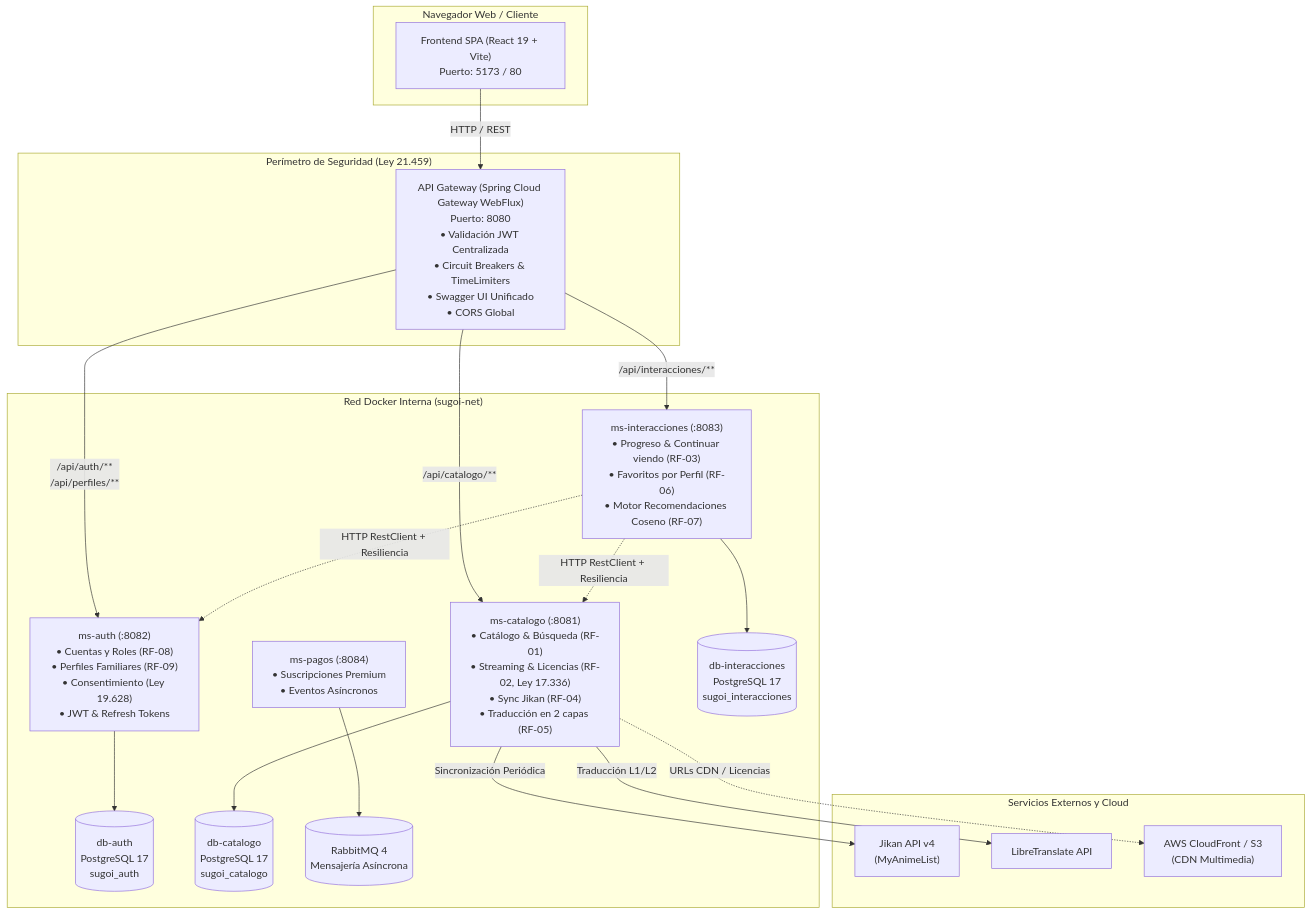
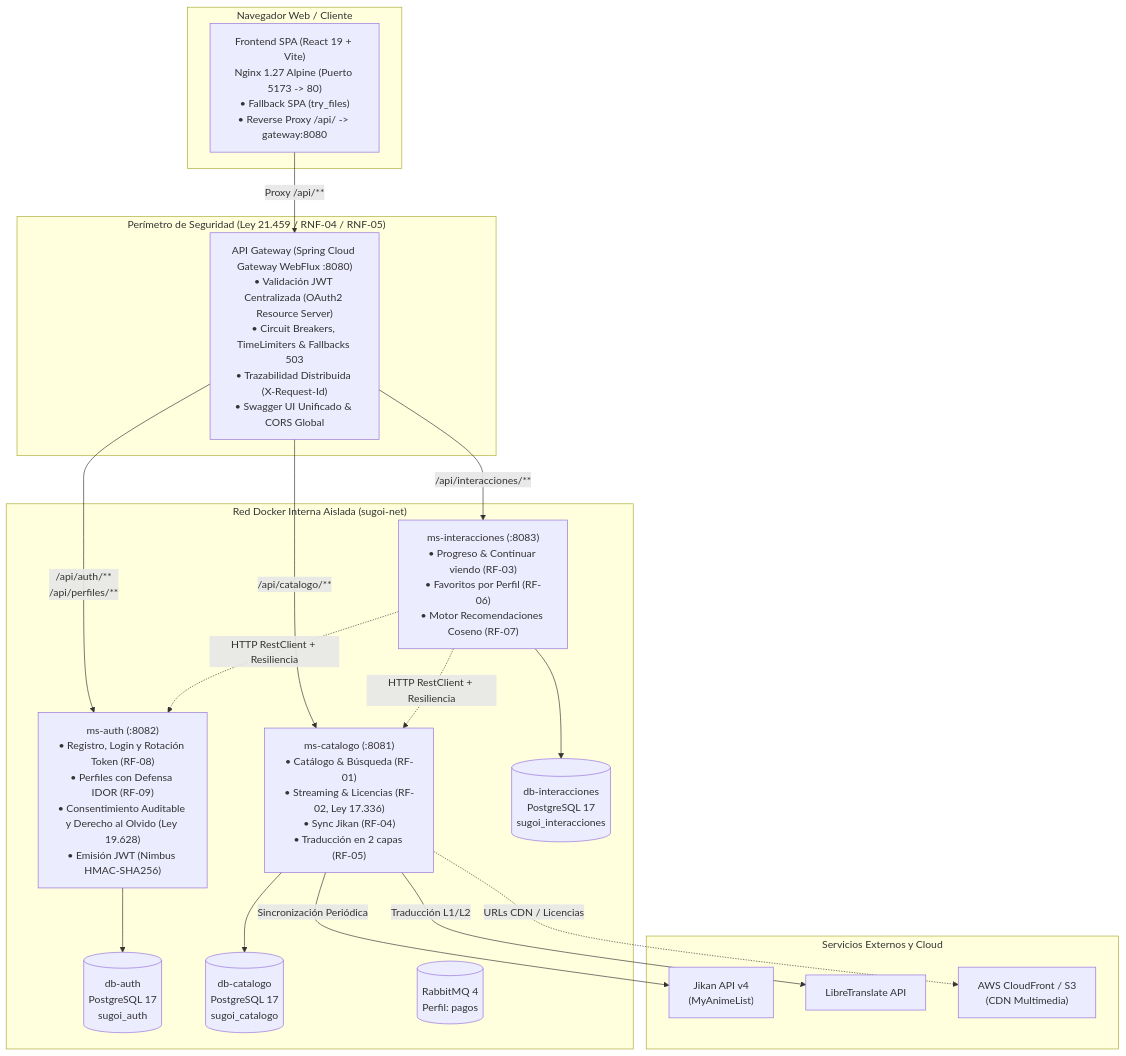
One commit to Marcoherna/sugoi-anime changed the diagram in README.md. Above: the diagram before and after it, drawn with Mermaid. The commit also changed other lines of this file, not shown here.

````diff
--- a/README.md
+++ b/README.md
@@ -45,45 +49,43 @@
 ```mermaid
 flowchart TB
     subgraph Cliente["Navegador Web / Cliente"]
-        UI["Frontend SPA (React 19 + Vite)<br>Puerto: 5173 / 80"]
+        UI["Frontend SPA (React 19 + Vite)<br>Nginx 1.27 Alpine (Puerto 5173 -> 80)<br>• Fallback SPA (try_files)<br>• Reverse Proxy /api/ -> gateway:8080"]
     end
 
-    subgraph Perimetro["Perímetro de Seguridad (Ley 21.459)"]
-        GW["API Gateway (Spring Cloud Gateway WebFlux)<br>Puerto: 8080<br>• Validación JWT Centralizada<br>• Circuit Breakers & TimeLimiters<br>• Swagger UI Unificado<br>• CORS Global"]
+    subgraph Perimetro["Perímetro de Seguridad (Ley 21.459 / RNF-04 / RNF-05)"]
+        GW["API Gateway (Spring Cloud Gateway WebFlux :8080)<br>• Validación JWT Centralizada (OAuth2 Resource Server)<br>• Circuit Breakers, TimeLimiters & Fallbacks 503<br>• Trazabilidad Distribuida (X-Request-Id)<br>• Swagger UI Unificado & CORS Global"]
     end
 
-    subgraph RedInterna["Red Docker Interna (sugoi-net)"]
-        MS_AUTH["ms-auth (:8082)<br>• Cuentas y Roles (RF-08)<br>• Perfiles Familiares (RF-09)<br>• Consentimiento (Ley 19.628)<br>• JWT & Refresh Tokens"]
+    subgraph RedInterna["Red Docker Interna Aislada (sugoi-net)"]
+        MS_AUTH["ms-auth (:8082)<br>• Registro, Login y Rotación Token (RF-08)<br>• Perfiles con Defensa IDOR (RF-09)<br>• Consentimiento Auditable y Derecho al Olvido (Ley 19.628)<br>• Emisión JWT (Nimbus HMAC-SHA256)"]
         MS_CAT["ms-catalogo (:8081)<br>• Catálogo & Búsqueda (RF-01)<br>• Streaming & Licencias (RF-02, Ley 17.336)<br>• Sync Jikan (RF-04)<br>• Traducción en 2 capas (RF-05)"]
         MS_INT["ms-interacciones (:8083)<br>• Progreso & Continuar viendo (RF-03)<br>• Favoritos por Perfil (RF-06)<br>• Motor Recomendaciones Coseno (RF-07)"]
-        MS_PAG["ms-pagos (:8084)<br>• Suscripciones Premium<br>• Eventos Asíncronos"]
 
         DB_AUTH[("db-auth<br>PostgreSQL 17<br>sugoi_auth")]
         DB_CAT[("db-catalogo<br>PostgreSQL 17<br>sugoi_catalogo")]
         DB_INT[("db-interacciones<br>PostgreSQL 17<br>sugoi_interacciones")]
-        RABBIT[("RabbitMQ 4<br>Mensajería Asíncrona")]
+        RABBIT[("RabbitMQ 4<br>Perfil: pagos")]
     end
 
     subgraph Externos["Servicios Externos y Cloud"]
         JIKAN["Jikan API v4<br>(MyAnimeList)"]
         TRANS["LibreTranslate API"]
         CLOUDFRONT["AWS CloudFront / S3<br>(CDN Multimedia)"]
     end
 
-    UI -->|HTTP / REST| GW
+    UI -->|Proxy /api/**| GW
     GW -->|/api/auth/**<br>/api/perfiles/**| MS_AUTH
     GW -->|/api/catalogo/**| MS_CAT
     GW -->|/api/interacciones/**| MS_INT
 
     MS_AUTH --> DB_AUTH
     MS_CAT --> DB_CAT
     MS_INT --> DB_INT
-    MS_PAG --> RABBIT
 
     MS_INT -.->|HTTP RestClient + Resiliencia| MS_CAT
     MS_INT -.->|HTTP RestClient + Resiliencia| MS_AUTH
 
     MS_CAT -->|Sincronización Periódica| JIKAN
     MS_CAT -->|Traducción L1/L2| TRANS
     MS_CAT -.->|URLs CDN / Licencias| CLOUDFRONT
 ```
````
